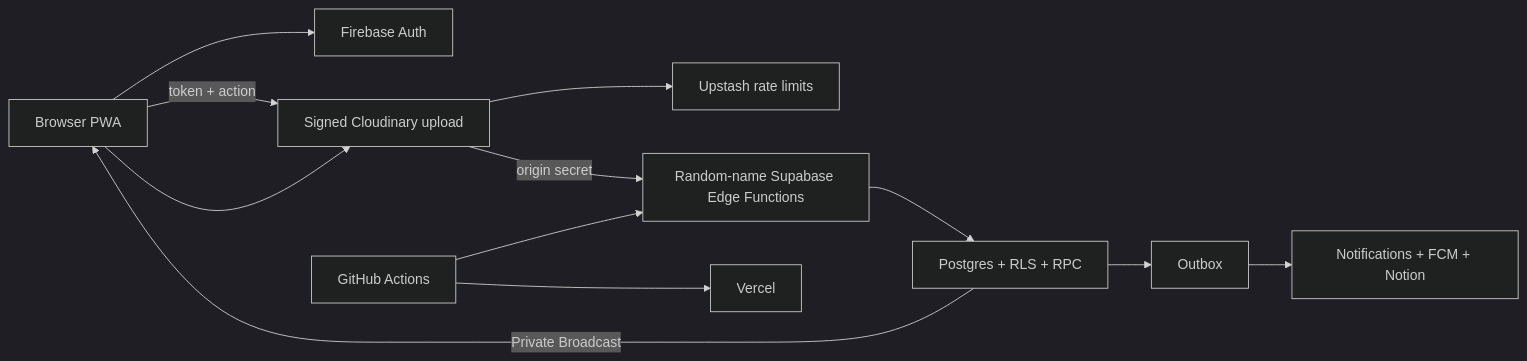
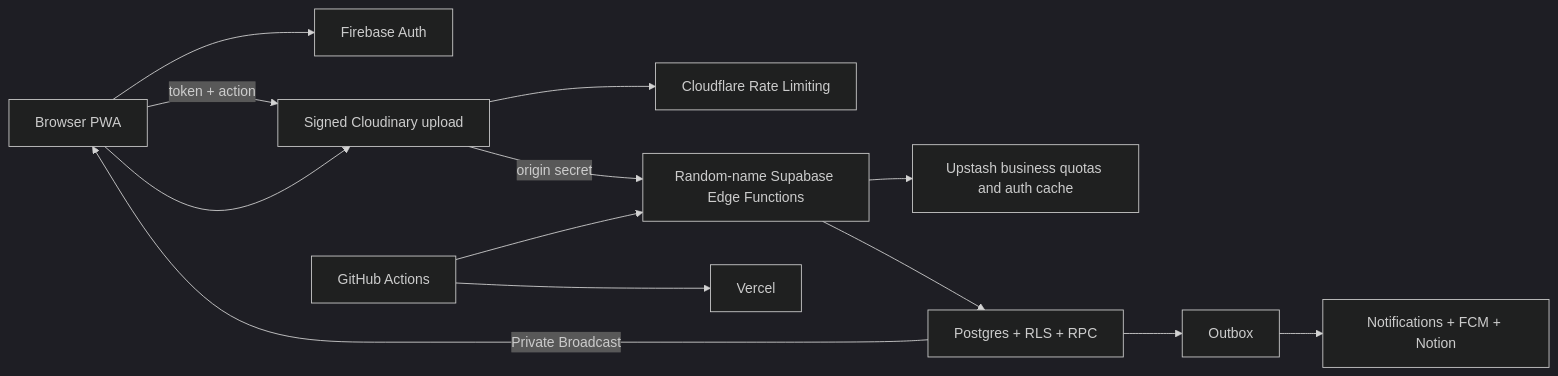
One commit to tavricccc/novae-website changed the diagram in docs/en/architecture.md. Above: the diagram before and after it, drawn with Mermaid (dark theme). The commit also changed other lines of this file and 20 other files, not shown here.

Commit message:
document layered rate limiting

````diff
--- a/docs/en/architecture.md
+++ b/docs/en/architecture.md
@@ -3,14 +3,15 @@
 ```mermaid
 flowchart LR
   U[Browser PWA] --> F[Firebase Auth]
   U -->|token + action| C[Cloudflare Worker]
-  C --> R[Upstash rate limits]
+  C --> RL[Cloudflare Rate Limiting]
   C -->|origin secret| E[Random-name Supabase Edge Functions]
+  E --> R[Upstash business quotas and auth cache]
   E --> P[Postgres + RLS + RPC]
   P -->|Private Broadcast| U
   U --> C[Signed Cloudinary upload]
   P --> O[Outbox]
   O --> W[Notifications + FCM + Notion]
   G[GitHub Actions] --> E
   G --> V[Vercel]
 ```
````
